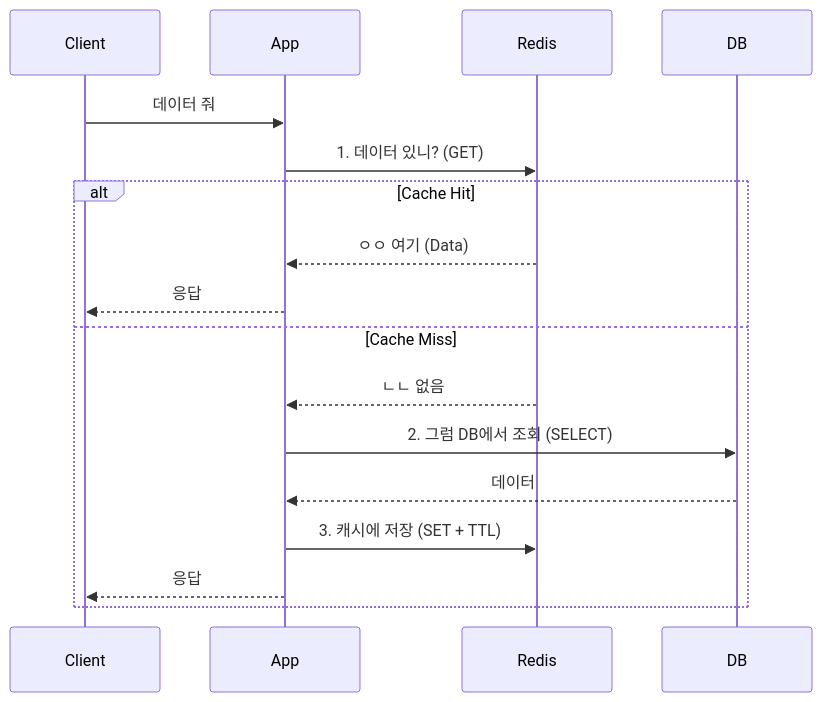
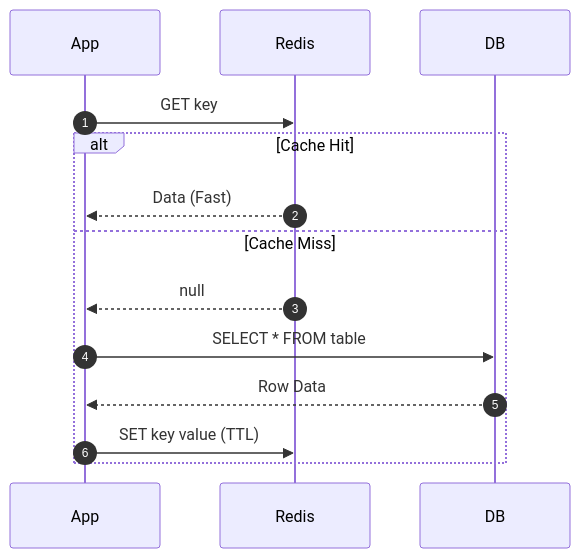
The first of 3 diagrams in content/learning/deep-dive/deep-dive-redis-caching.md (jyukki97/study-blog), drawn with Mermaid before and after one commit. The commit also changed other lines of this file and 3 other files, not shown here.

Commit message:
Refactor Phase 10: High-Scale Data & Architecture (Indexing, Tx, Redis, Kafka)

````diff
--- a/content/learning/deep-dive/deep-dive-redis-caching.md
+++ b/content/learning/deep-dive/deep-dive-redis-caching.md
@@ -22,20 +22,17 @@
 ```mermaid
 sequenceDiagram
-    participant Client
+    autonumber
     participant App
     participant Redis
     participant DB
-    
-    Client->>App: 데이터 줘
-    App->>Redis: 1. 데이터 있니? (GET)
+
+    App->>Redis: GET key
     alt Cache Hit
-        Redis-->>App: ㅇㅇ 여기 (Data)
-        App-->>Client: 응답
+        Redis-->>App: Data (Fast)
     else Cache Miss
-        Redis-->>App: ㄴㄴ 없음
-        App->>DB: 2. 그럼 DB에서 조회 (SELECT)
-        DB-->>App: 데이터
-        App->>Redis: 3. 캐시에 저장 (SET + TTL)
-        App-->>Client: 응답
+        Redis-->>App: null
+        App->>DB: SELECT * FROM table
+        DB-->>App: Row Data
+        App->>Redis: SET key value (TTL)
     end
 ```
````
